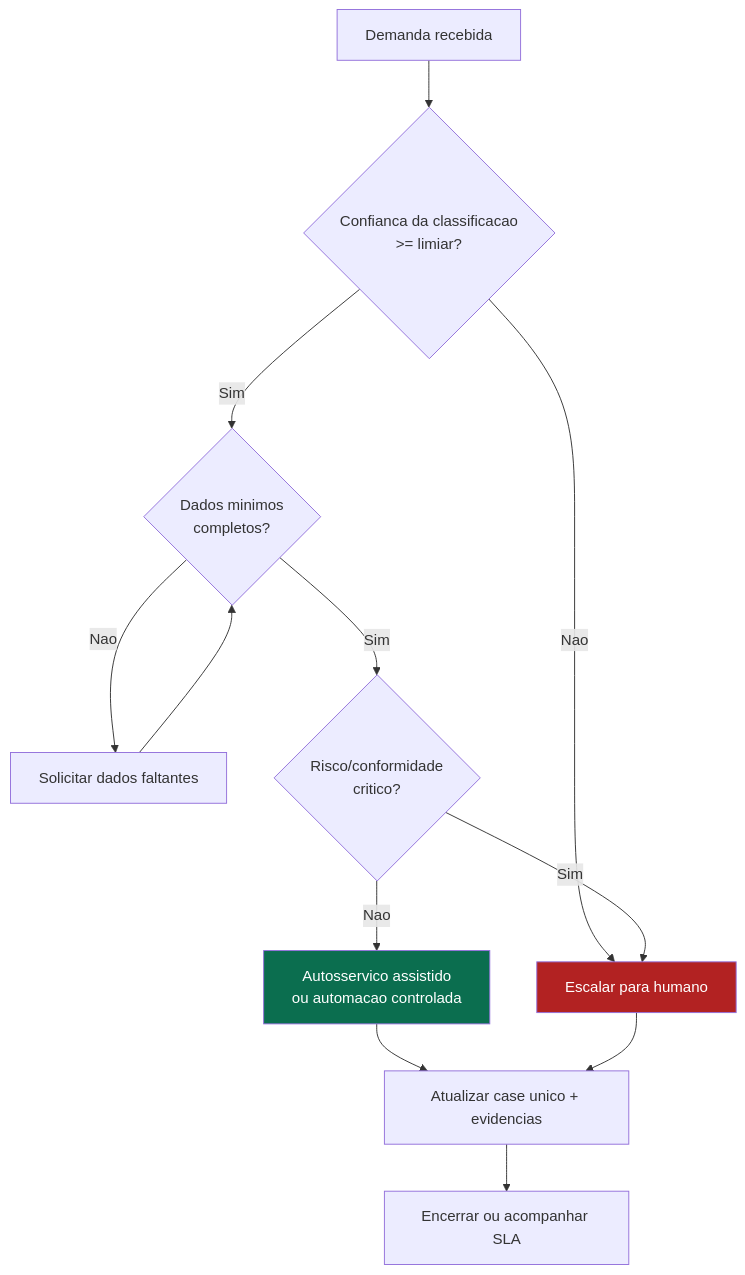
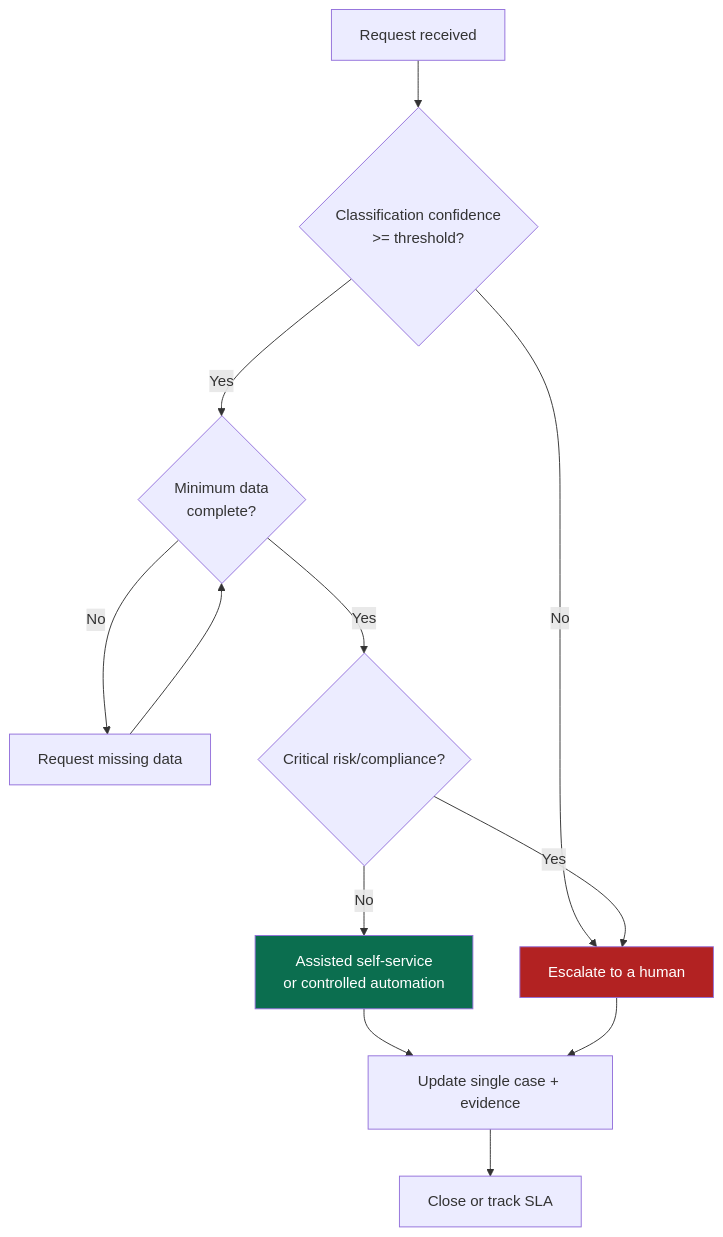
One commit to fabioharams/hubsp-ai-skill changed the fourth of 9 diagrams in doc/resultado.md. Above: the diagram before and after it, drawn with Mermaid. The commit also changed other lines of this file and 21 other files, not shown here.

````diff
--- a/doc/resultado.md
+++ b/doc/resultado.md
@@ -105,21 +105,20 @@
 ```mermaid
 flowchart TD
-    A[Demanda recebida] --> B{Confianca da classificacao
-    >= limiar?}
-    B -- Nao --> H[Escalar para humano]
-    B -- Sim --> C{Dados minimos
-    completos?}
-    C -- Nao --> D[Solicitar dados faltantes]
+    A[Request received] --> B{Classification confidence
+    >= threshold?}
+    B -- No --> H[Escalate to a human]
+    B -- Yes --> C{Minimum data
+    complete?}
+    C -- No --> D[Request missing data]
     D --> C
-    C -- Sim --> E{Risco/conformidade
-    critico?}
-    E -- Sim --> H
-    E -- Nao --> F[Autosservico assistido
-    ou automacao controlada]
-    F --> G[Atualizar case unico + evidencias]
+    C -- Yes --> E{Critical risk/compliance?}
+    E -- Yes --> H
+    E -- No --> F[Assisted self-service
+    or controlled automation]
+    F --> G[Update single case + evidence]
     H --> G
-    G --> I[Encerrar ou acompanhar SLA]
+    G --> I[Close or track SLA]
 
     style H fill:#B22222,color:#fff
     style F fill:#0B6E4F,color:#fff
 ```
````
